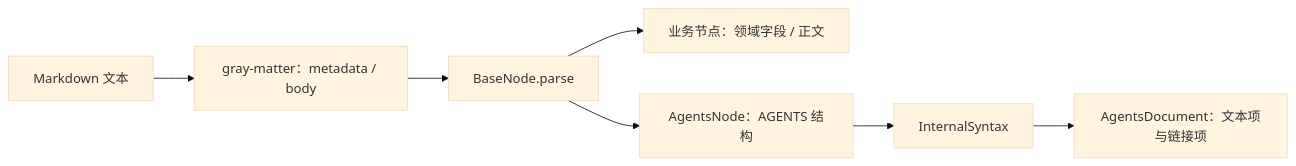
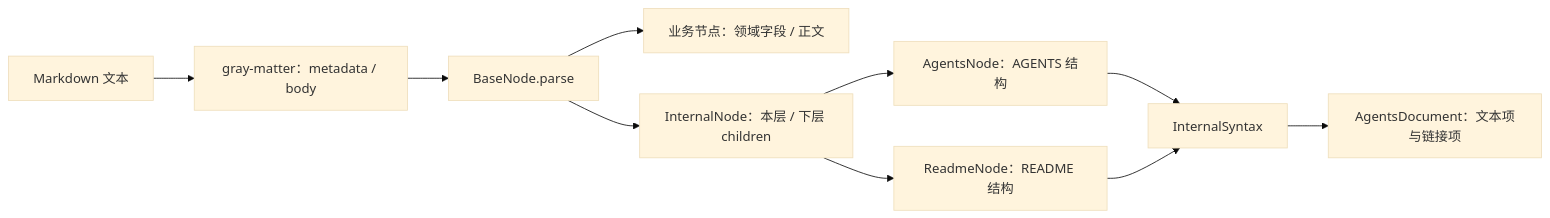
One commit to VirusPC/edges-brain-viruspc changed the fifth of 6 diagrams in extensions/cli/src/domain/models/README.md. Above: the diagram before and after it, drawn with Mermaid (base theme). The commit also changed other lines of this file and 12 other files, not shown here.

First line of the commit message:
refactor: 用 InternalNode 承接组成索引

````diff
--- a/extensions/cli/src/domain/models/README.md
+++ b/extensions/cli/src/domain/models/README.md
@@ -199,9 +206,12 @@
 ```mermaid
 flowchart LR
     MD[Markdown 文本] --> GM[gray-matter：metadata / body]
     GM --> B[BaseNode.parse]
     B --> L[业务节点：领域字段 / 正文]
-    B --> I[AgentsNode：AGENTS 结构]
+    B --> N[InternalNode：本层 / 下层 children]
+    N --> I[AgentsNode：AGENTS 结构]
+    N --> R[ReadmeNode：README 结构]
     I --> X[InternalSyntax]
+    R --> X
     X --> D[AgentsDocument：文本项与链接项]
 ```
````
